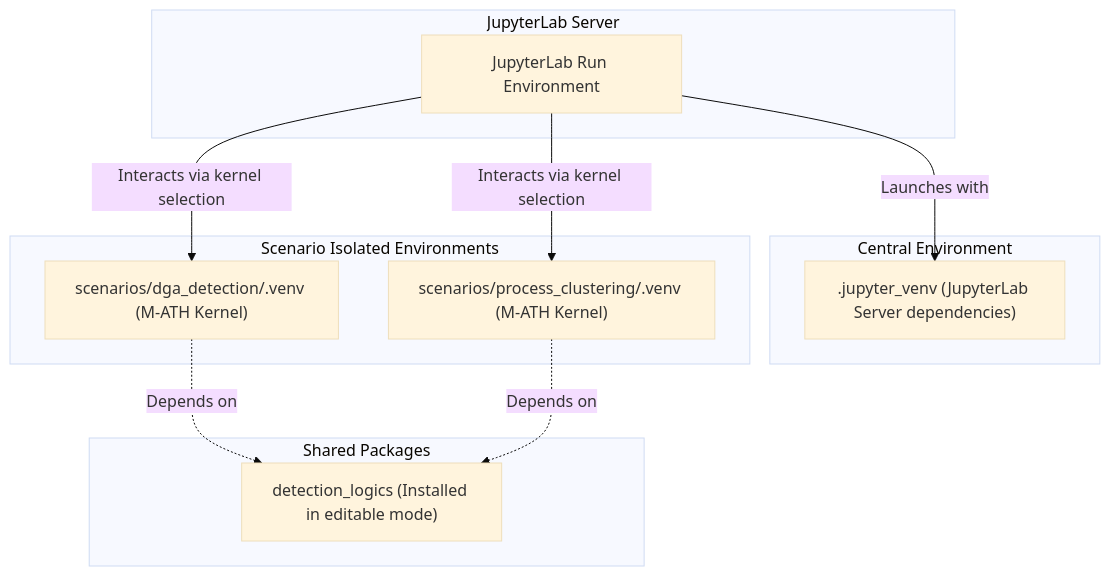
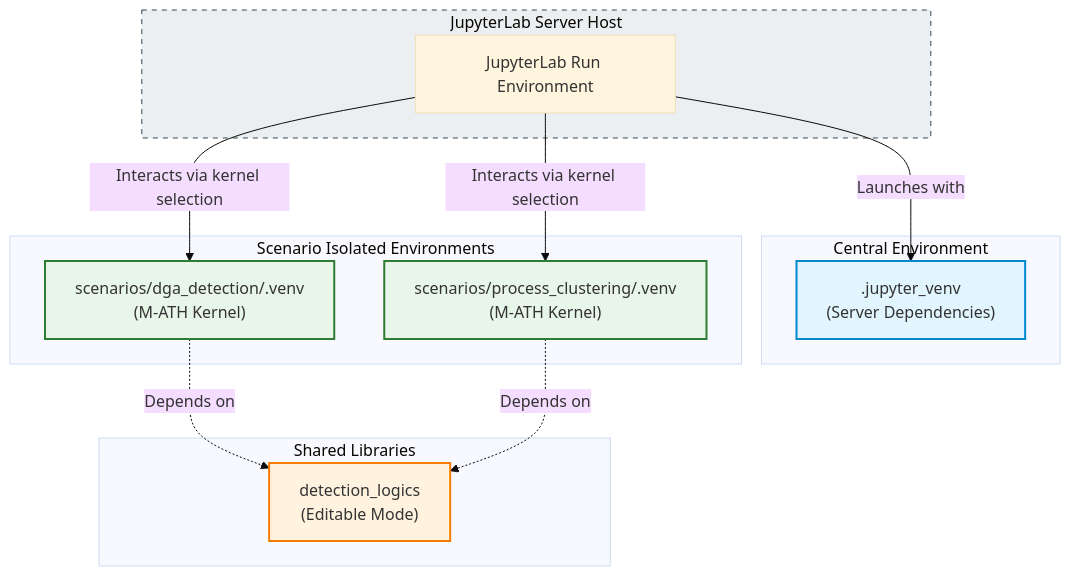
The third of 3 diagrams in README.md (Cyber-Threat-Hunting-Playground/m-ath-threat-hunting-catalog), drawn with Mermaid (base theme) before and after one commit. The commit also changed other lines of this file and 4 other files, not shown here.

````diff
--- a/README.md
+++ b/README.md
@@ -222,26 +242,33 @@
 ```mermaid
 graph TD
-    subgraph IDE_Host ["JupyterLab Server"]
+    classDef hostStyle fill:#ECEFF1,stroke:#37474F,stroke-dasharray: 5 5;
+    classDef venvStyle fill:#E1F5FE,stroke:#0288D1,stroke-width:2px;
+    classDef kernelStyle fill:#E8F5E9,stroke:#2E7D32,stroke-width:2px;
+    classDef libStyle fill:#FFF3E0,stroke:#F57C00,stroke-width:2px;
+
+    subgraph Host ["JupyterLab Server Host"]
         JL[JupyterLab Run Environment]
     end
 
-    subgraph Central_Env ["Central Environment"]
-        V1[".jupyter_venv (JupyterLab Server dependencies)"]
+    subgraph Central ["Central Environment"]
+        V1[".jupyter_venv<br>(Server Dependencies)"]:::venvStyle
     end
 
-    subgraph Scenario_Envs ["Scenario Isolated Environments"]
-        V2["scenarios/dga_detection/.venv (M-ATH Kernel)"]
-        V3["scenarios/process_clustering/.venv (M-ATH Kernel)"]
+    subgraph Kernels ["Scenario Isolated Environments"]
+        V2["scenarios/dga_detection/.venv<br>(M-ATH Kernel)"]:::kernelStyle
+        V3["scenarios/process_clustering/.venv<br>(M-ATH Kernel)"]:::kernelStyle
     end
 
-    subgraph Reusable_Code ["Shared Packages"]
-        DL["detection_logics (Installed in editable mode)"]
+    subgraph Shared ["Shared Libraries"]
+        DL["detection_logics<br>(Editable Mode)"]:::libStyle
     end
 
     JL -->|Launches with| V1
     JL -->|Interacts via kernel selection| V2
     JL -->|Interacts via kernel selection| V3
     
     V2 -.->|Depends on| DL
     V3 -.->|Depends on| DL
+
+    class Host hostStyle;
 ```
````
